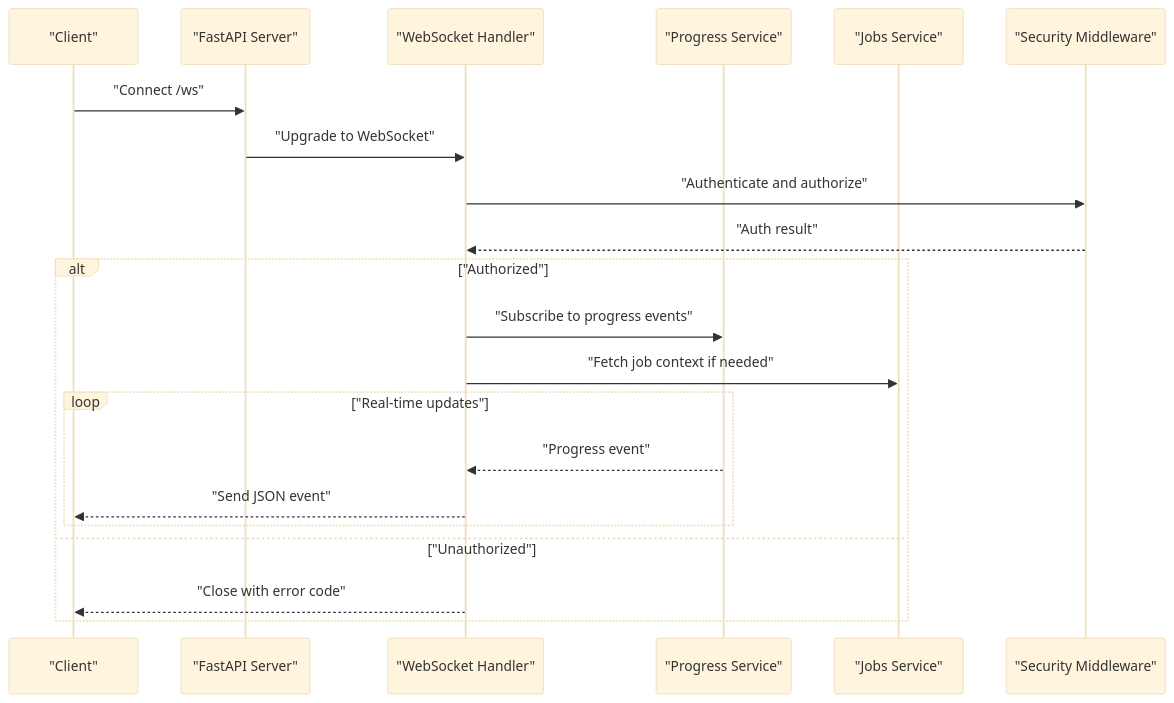
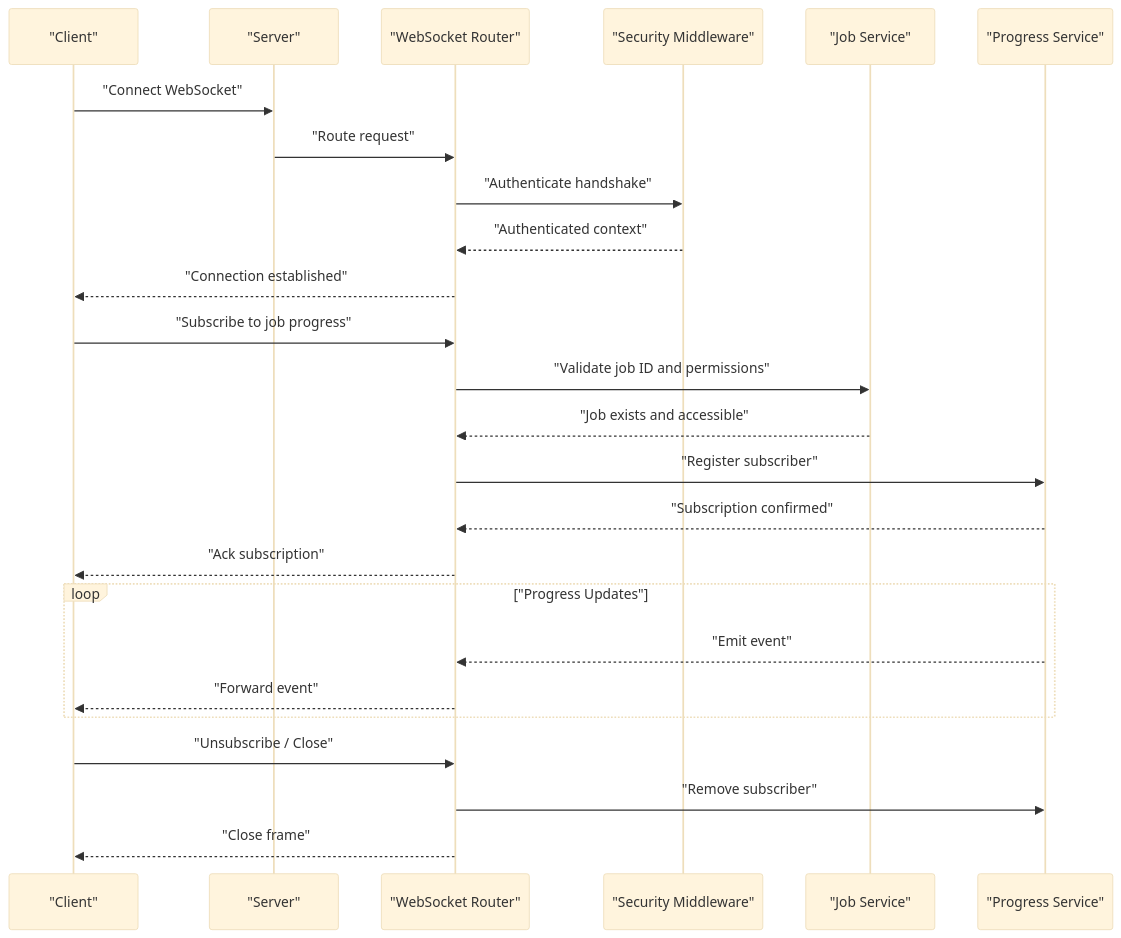
The second of 4 diagrams in .qoder/repowiki/en/content/API Reference/WebSocket API.md (Sifr-r/LocalDeepL), drawn with Mermaid (base theme) before and after one commit. The commit also changed other lines of this file and 246 other files, not shown here.

````diff
--- a/.qoder/repowiki/en/content/API Reference/WebSocket API.md
+++ b/.qoder/repowiki/en/content/API Reference/WebSocket API.md
@@ -77,23 +87,27 @@
 ```mermaid
 sequenceDiagram
 participant C as "Client"
-participant S as "FastAPI Server"
-participant W as "WebSocket Handler"
+participant S as "Server"
+participant W as "WebSocket Router"
+participant A as "Security Middleware"
+participant J as "Job Service"
 participant P as "Progress Service"
-participant J as "Jobs Service"
-participant M as "Security Middleware"
-C->>S : "Connect /ws"
-S->>W : "Upgrade to WebSocket"
-W->>M : "Authenticate and authorize"
-M-->>W : "Auth result"
-alt "Authorized"
-W->>P : "Subscribe to progress events"
-W->>J : "Fetch job context if needed"
-loop "Real-time updates"
-P-->>W : "Progress event"
-W-->>C : "Send JSON event"
+C->>S : "Connect WebSocket"
+S->>W : "Route request"
+W->>A : "Authenticate handshake"
+A-->>W : "Authenticated context"
+W-->>C : "Connection established"
+C->>W : "Subscribe to job progress"
+W->>J : "Validate job ID and permissions"
+J-->>W : "Job exists and accessible"
+W->>P : "Register subscriber"
+P-->>W : "Subscription confirmed"
+W-->>C : "Ack subscription"
+loop "Progress Updates"
+P-->>W : "Emit event"
+W-->>C : "Forward event"
 end
-else "Unauthorized"
-W-->>C : "Close with error code"
-end
+C->>W : "Unsubscribe / Close"
+W->>P : "Remove subscriber"
+W-->>C : "Close frame"
 ```
````
